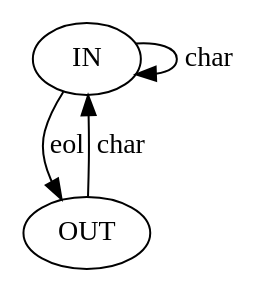
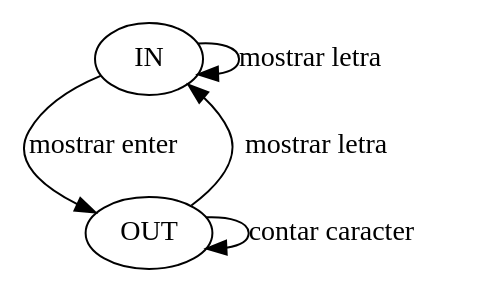
One commit to tomasanchez/SSL changed the diagram in 05-wl/wl.dot. Above: the diagram before and after it, drawn with Graphviz. The commit also changed 2 other files, not shown here.

```diff
--- a/05-wl/wl.dot
+++ b/05-wl/wl.dot
@@ -1,5 +1,6 @@
 digraph G {
-    IN -> OUT [label = eol]
-    OUT -> IN [label = char]
-    IN -> IN [label = char]
+    IN -> OUT [label = <mostrar enter>]
+    OUT -> IN [label = <   mostrar letra>]
+    OUT -> OUT [label = <contar caracter>]
+    IN -> IN [label = <mostrar letra>]
 }
```
